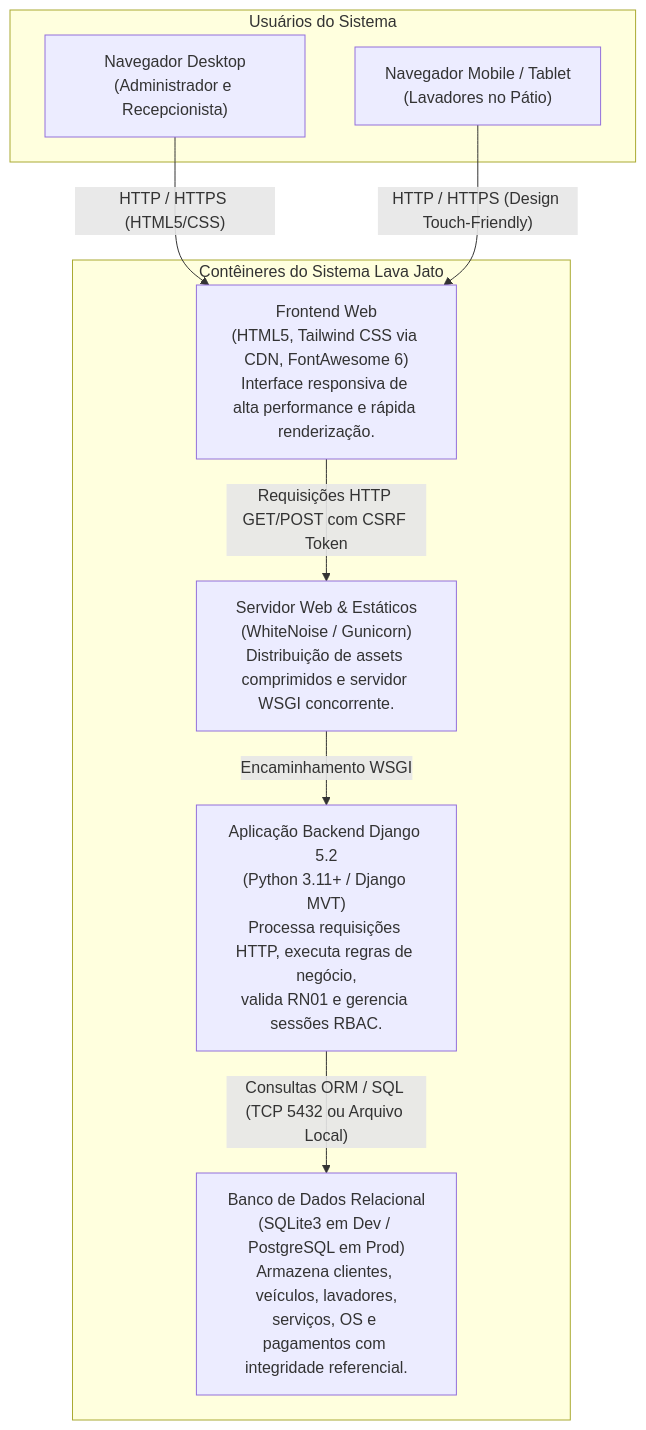
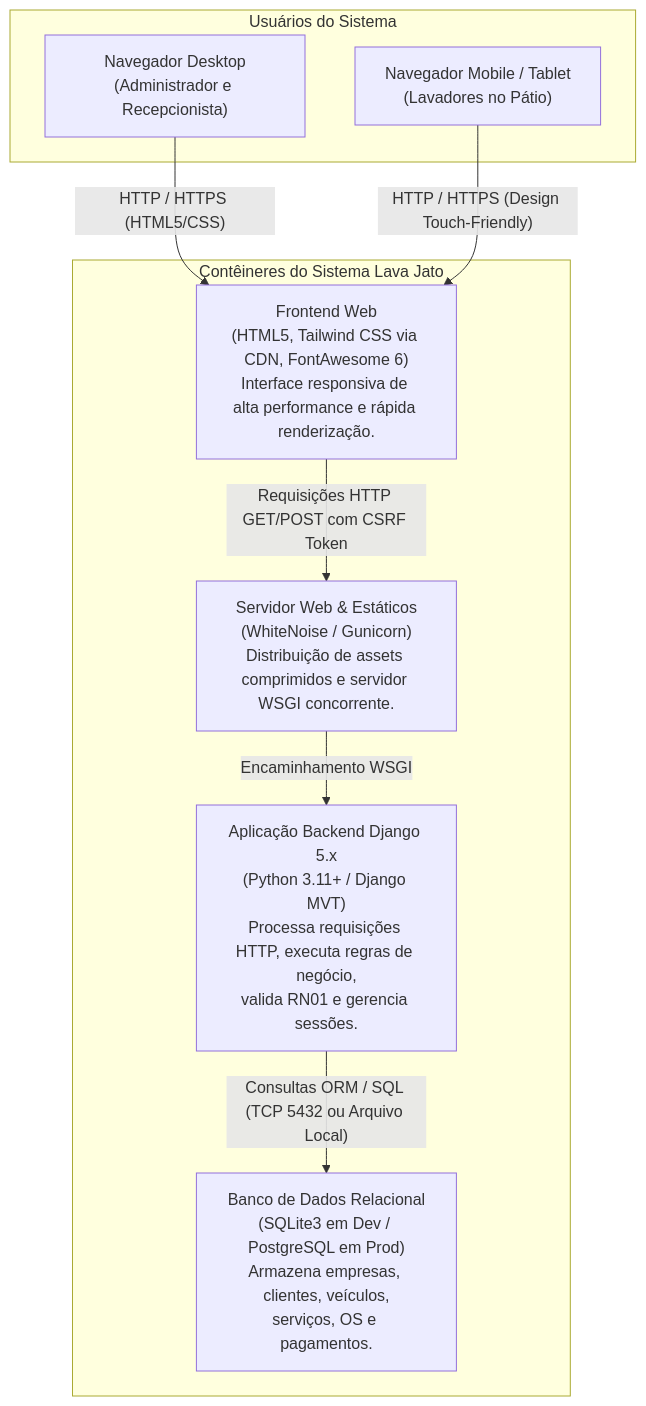
The second of 3 diagrams in docs/arquitetura_e_design.md (ednaldomaciel/projeto_posto_de_lavagem_ciesa), drawn with Mermaid before and after one commit. The commit also changed other lines of this file and 35 other files, not shown here.

````diff
--- a/docs/arquitetura_e_design.md
+++ b/docs/arquitetura_e_design.md
@@ -77,23 +74,23 @@
 ```mermaid
 flowchart TD
     subgraph Usuarios["Usuários do Sistema"]
         UserWeb["Navegador Desktop\n(Administrador e Recepcionista)"]
         UserMobile["Navegador Mobile / Tablet\n(Lavadores no Pátio)"]
     end
 
     subgraph Containers["Contêineres do Sistema Lava Jato"]
         WebFrontend["Frontend Web\n(HTML5, Tailwind CSS via CDN, FontAwesome 6)\nInterface responsiva de alta performance e rápida renderização."]
         
         WebServer["Servidor Web & Estáticos\n(WhiteNoise / Gunicorn)\nDistribuição de assets comprimidos e servidor WSGI concorrente."]
         
-        BackendApp["Aplicação Backend Django 5.2\n(Python 3.11+ / Django MVT)\nProcessa requisições HTTP, executa regras de negócio,\nvalida RN01 e gerencia sessões RBAC."]
+        BackendApp["Aplicação Backend Django 5.x\n(Python 3.11+ / Django MVT)\nProcessa requisições HTTP, executa regras de negócio,\nvalida RN01 e gerencia sessões."]
         
-        Database["Banco de Dados Relacional\n(SQLite3 em Dev / PostgreSQL em Prod)\nArmazena clientes, veículos, lavadores,\nserviços, OS e pagamentos com integridade referencial."]
+        Database["Banco de Dados Relacional\n(SQLite3 em Dev / PostgreSQL em Prod)\nArmazena empresas, clientes, veículos,\nserviços, OS e pagamentos."]
     end
 
     UserWeb -->|"HTTP / HTTPS (HTML5/CSS)"| WebFrontend
     UserMobile -->|"HTTP / HTTPS (Design Touch-Friendly)"| WebFrontend
     WebFrontend -->|"Requisições HTTP GET/POST com CSRF Token"| WebServer
     WebServer -->|"Encaminhamento WSGI"| BackendApp
     BackendApp -->|"Consultas ORM / SQL (TCP 5432 ou Arquivo Local)"| Database
 ```
````
